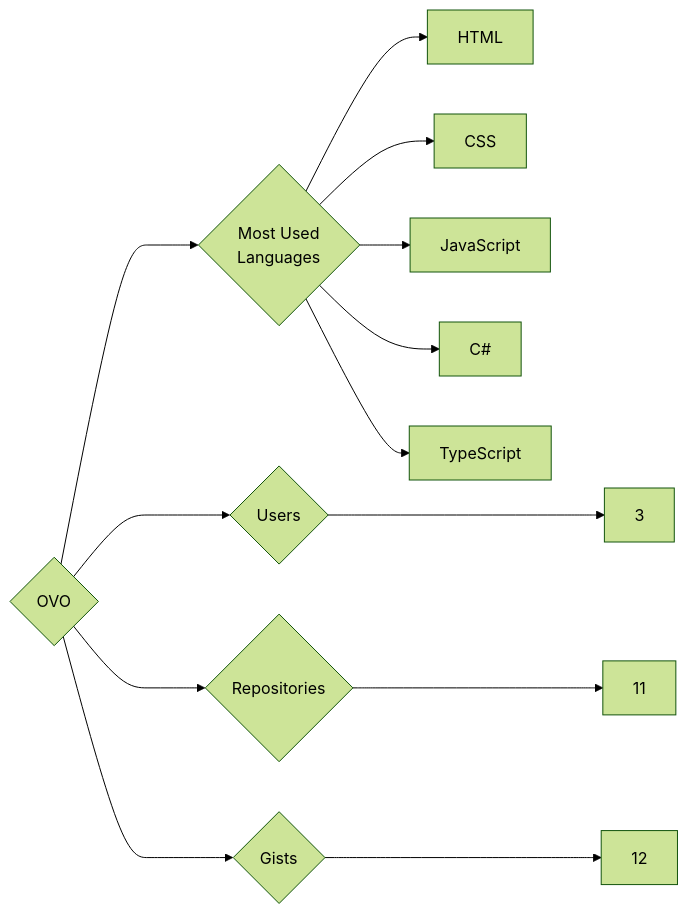
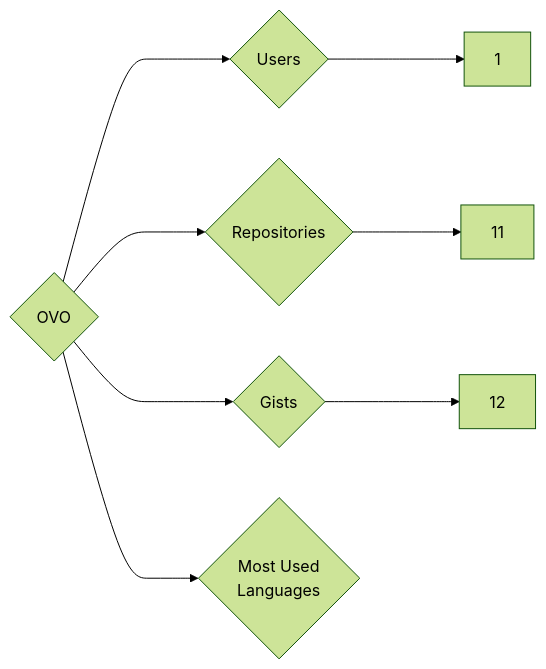
One commit to trickest/insiders changed the diagram in targets/OVO/README.md. Above: the diagram before and after it, drawn with Mermaid (forest theme). The commit also changed 938 other files, not shown here.

````diff
--- a/targets/OVO/README.md
+++ b/targets/OVO/README.md
@@ -3,13 +3,8 @@
 ```mermaid
 graph LR
 COMPANY_NAME{OVO}
-COMPANY_NAME ---> U{Users} ---> UN[3]
+COMPANY_NAME ---> U{Users} ---> UN[1]
 COMPANY_NAME ---> R{Repositories} ---> RN[11]
 COMPANY_NAME ---> G{Gists} ---> GN[12]
 COMPANY_NAME ---> ML{Most Used<br>Languages}
-ML --> HTML[HTML]
-ML --> CSS[CSS]
-ML --> JavaScript[JavaScript]
-ML --> C#[C#]
-ML --> TypeScript[TypeScript]
 ```
````
